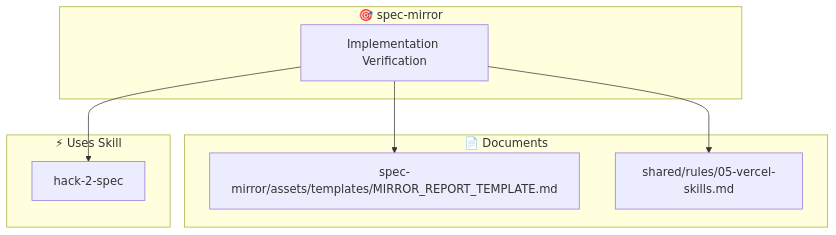
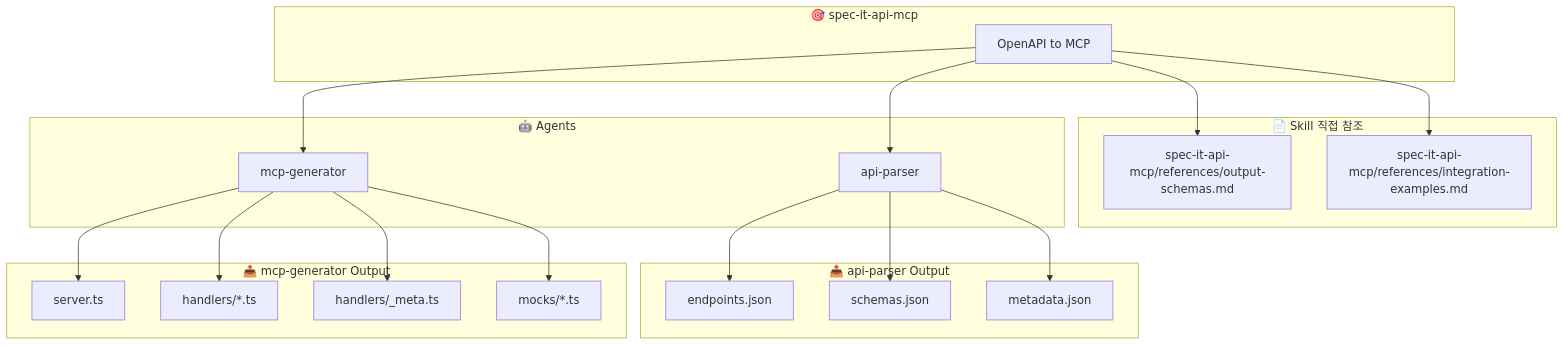
The seventh of 14 diagrams in docs/SKILL_AGENT_REFERENCE_MAP.md (30eggis/spec-it), drawn with Mermaid before and after one commit. The commit also changed other lines of this file, not shown here.

First line of the commit message:
Update Skill/Agent reference map with full document chains

````diff
--- a/docs/SKILL_AGENT_REFERENCE_MAP.md
+++ b/docs/SKILL_AGENT_REFERENCE_MAP.md
@@ -303,19 +340,34 @@
 ```mermaid
 flowchart TB
-    subgraph skill_mirror["🎯 spec-mirror"]
-        S1[Implementation Verification]
+    subgraph SKILL["🎯 spec-it-api-mcp"]
+        S1[OpenAPI to MCP]
     end
 
-    subgraph docs_mirror["📄 Documents"]
-        D1[spec-mirror/assets/templates/MIRROR_REPORT_TEMPLATE.md]
-        D2[shared/rules/05-vercel-skills.md]
+    subgraph SKILL_DOCS["📄 Skill 직접 참조"]
+        SD1[spec-it-api-mcp/references/output-schemas.md]
+        SD2[spec-it-api-mcp/references/integration-examples.md]
     end
 
-    subgraph skill_ref["⚡ Uses Skill"]
-        E1[hack-2-spec]
+    subgraph AGENTS["🤖 Agents"]
+        A1[api-parser]
+        A2[mcp-generator]
     end
 
-    S1 --> D1
-    S1 --> D2
-    S1 --> E1
+    subgraph PARSER_OUT["📤 api-parser Output"]
+        PO1[endpoints.json]
+        PO2[schemas.json]
+        PO3[metadata.json]
+    end
+
+    subgraph GEN_OUT["📤 mcp-generator Output"]
+        GO1[server.ts]
+        GO2[handlers/*.ts]
+        GO3[handlers/_meta.ts]
+        GO4[mocks/*.ts]
+    end
+
+    S1 --> SD1 & SD2
+    S1 --> A1 & A2
+    A1 --> PO1 & PO2 & PO3
+    A2 --> GO1 & GO2 & GO3 & GO4
 ```
````
